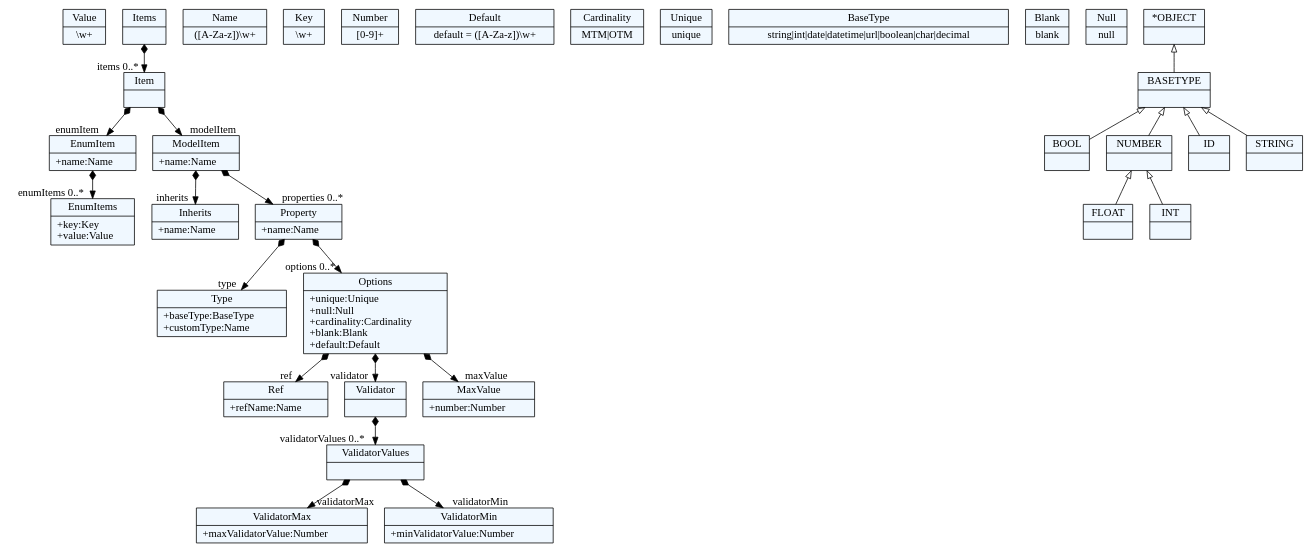
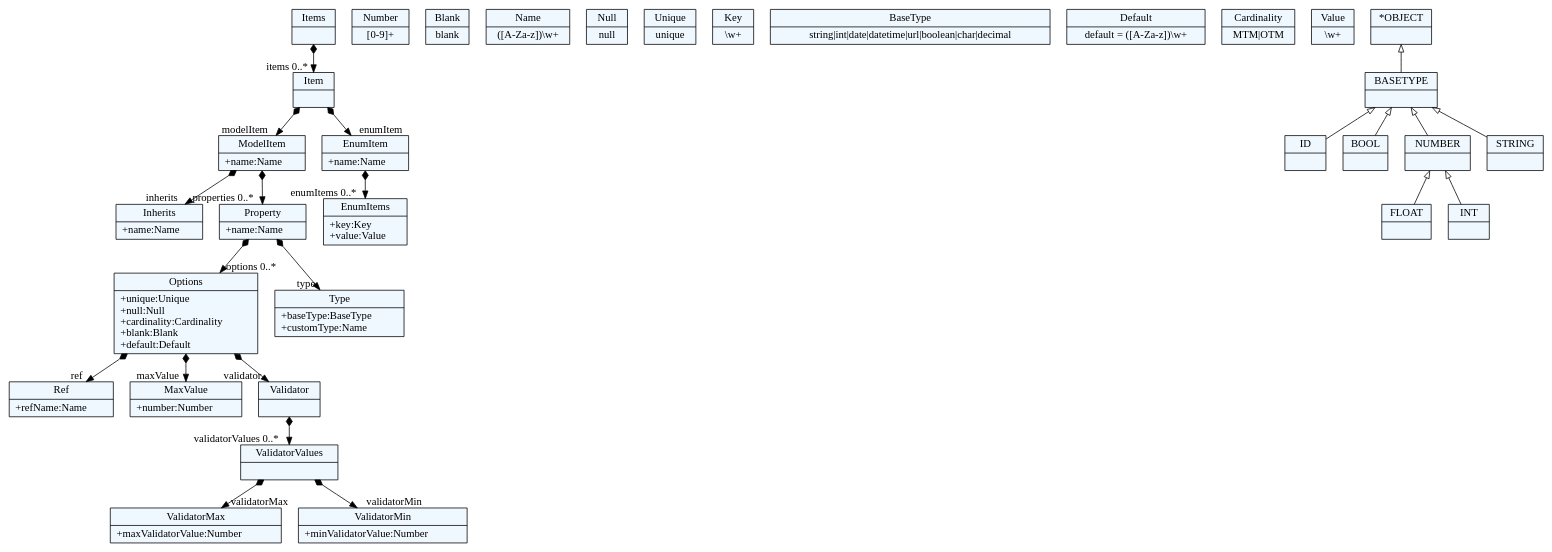
Before and after one commit to sergiosuperstar/FTN-MBRS: the diagram in Generator/test_meta.dot, drawn with Graphviz. The commit also changed 3 other files, not shown here.

```diff
--- a/Generator/test_meta.dot
+++ b/Generator/test_meta.dot
@@ -1,102 +1,102 @@
 
     digraph xtext {
     fontname = "Bitstream Vera Sans"
     fontsize = 8
     node[
         shape=record,
         style=filled,
         fillcolor=aliceblue
     ]
     nodesep = 0.3
     edge[dir=black,arrowtail=empty]
 
 
-64274104[ label="{Value|\\w+}"]
+68040008 -> 68043592[arrowtail=diamond, dir=both, headlabel="items 0..*"]
+68040008[ label="{Items|}"]
 
-64301880[ label="{Ref|+refName:Name\l}"]
+67930696[ label="{ValidatorMax|+maxValidatorValue:Number\l}"]
 
-64303672[ label="{ValidatorMax|+maxValidatorValue:Number\l}"]
+68047176[ label="{EnumItems|+key:Key\l+value:Value\l}"]
 
-64299192 -> 64294712[arrowtail=diamond, dir=both, headlabel="enumItems 0..*"]
-64299192[ label="{EnumItem|+name:Name\l}"]
+67949512[ label="{Ref|+refName:Name\l}"]
 
-64281272[ label="{Name|([A-Za-z])\\w+}"]
+67952200[ label="{Number|[0-9]+}"]
 
-64271416 -> 64280376[arrowtail=diamond, dir=both, headlabel="validatorValues 0..*"]
-64271416[ label="{Validator|}"]
+67937864[ label="{Blank|blank}"]
 
-64295608[ label="{Key|\\w+}"]
+67950408[ label="{Name|([A-Za-z])\\w+}"]
 
-64294712[ label="{EnumItems|+key:Key\l+value:Value\l}"]
+67941448[ label="{Null|null}"]
 
-64297400[ label="{Type|+baseType:BaseType\l+customType:Name\l}"]
+67940552[ label="{Unique|unique}"]
 
-64300984[ label="{MaxValue|+number:Number\l}"]
+67946824[ label="{MaxValue|+number:Number\l}"]
 
-64275896 -> 64293816[arrowtail=diamond, dir=both, headlabel="inherits "]
-64275896 -> 64277688[arrowtail=diamond, dir=both, headlabel="properties 0..*"]
-64275896[ label="{ModelItem|+name:Name\l}"]
+68048072[ label="{Key|\\w+}"]
 
-64296504 -> 64275896[arrowtail=diamond, dir=both, headlabel="modelItem "]
-64296504 -> 64299192[arrowtail=diamond, dir=both, headlabel="enumItem "]
-64296504[ label="{Item|}"]
+67929800[ label="{BaseType|string\|int\|date\|datetime\|url\|boolean\|char\|decimal}"]
 
-64279480 -> 64300984[arrowtail=diamond, dir=both, headlabel="maxValue "]
-64279480 -> 64301880[arrowtail=diamond, dir=both, headlabel="ref "]
-64279480 -> 64271416[arrowtail=diamond, dir=both, headlabel="validator "]
-64279480[ label="{Options|+unique:Unique\l+null:Null\l+cardinality:Cardinality\l+blank:Blank\l+default:Default\l}"]
+68046280[ label="{Inherits|+name:Name\l}"]
 
-64298296 -> 64296504[arrowtail=diamond, dir=both, headlabel="items 0..*"]
-64298296[ label="{Items|}"]
+67948616[ label="{Default|default = ([A-Za-z])\\w+}"]
 
-64269624[ label="{Number|[0-9]+}"]
+68036424 -> 68046280[arrowtail=diamond, dir=both, headlabel="inherits "]
+68036424 -> 68049864[arrowtail=diamond, dir=both, headlabel="properties 0..*"]
+68036424[ label="{ModelItem|+name:Name\l}"]
 
-64304568[ label="{Default|default = ([A-Za-z])\\w+}"]
+67939656 -> 67946824[arrowtail=diamond, dir=both, headlabel="maxValue "]
+67939656 -> 67949512[arrowtail=diamond, dir=both, headlabel="ref "]
+67939656 -> 67945032[arrowtail=diamond, dir=both, headlabel="validator "]
+67939656[ label="{Options|+unique:Unique\l+null:Null\l+cardinality:Cardinality\l+blank:Blank\l+default:Default\l}"]
 
-64302776[ label="{Cardinality|MTM\|OTM}"]
+67942344[ label="{Cardinality|MTM\|OTM}"]
 
-64277688 -> 64297400[arrowtail=diamond, dir=both, headlabel="type "]
-64277688 -> 64279480[arrowtail=diamond, dir=both, headlabel="options 0..*"]
-64277688[ label="{Property|+name:Name\l}"]
+67947720[ label="{ValidatorMin|+minValidatorValue:Number\l}"]
 
-64268728[ label="{Unique|unique}"]
+68050760 -> 68047176[arrowtail=diamond, dir=both, headlabel="enumItems 0..*"]
+68050760[ label="{EnumItem|+name:Name\l}"]
 
-64293816[ label="{Inherits|+name:Name\l}"]
+67934280 -> 67930696[arrowtail=diamond, dir=both, headlabel="validatorMax "]
+67934280 -> 67947720[arrowtail=diamond, dir=both, headlabel="validatorMin "]
+67934280[ label="{ValidatorValues|}"]
 
-64278584[ label="{BaseType|string\|int\|date\|datetime\|url\|boolean\|char\|decimal}"]
+67945032 -> 67934280[arrowtail=diamond, dir=both, headlabel="validatorValues 0..*"]
+67945032[ label="{Validator|}"]
 
-64300088[ label="{Blank|blank}"]
+68048968[ label="{Value|\\w+}"]
 
-64280376 -> 64303672[arrowtail=diamond, dir=both, headlabel="validatorMax "]
-64280376 -> 64272312[arrowtail=diamond, dir=both, headlabel="validatorMin "]
-64280376[ label="{ValidatorValues|}"]
+67945928[ label="{Type|+baseType:BaseType\l+customType:Name\l}"]
 
-64267832[ label="{Null|null}"]
+68049864 -> 67945928[arrowtail=diamond, dir=both, headlabel="type "]
+68049864 -> 67939656[arrowtail=diamond, dir=both, headlabel="options 0..*"]
+68049864[ label="{Property|+name:Name\l}"]
 
-64272312[ label="{ValidatorMin|+minValidatorValue:Number\l}"]
+68043592 -> 68036424[arrowtail=diamond, dir=both, headlabel="modelItem "]
+68043592 -> 68050760[arrowtail=diamond, dir=both, headlabel="enumItem "]
+68043592[ label="{Item|}"]
 
-64289336[ label="{BOOL|}"]
+68040904[ label="{ID|}"]
 
-64288440[ label="{BASETYPE|}"]
-64288440 -> 64266040 [dir=back]
-64288440 -> 64289336 [dir=back]
-64288440 -> 64283960 [dir=back]
-64288440 -> 64264248 [dir=back]
+68045384[ label="{FLOAT|}"]
 
-64283960[ label="{ID|}"]
+68051656[ label="{BOOL|}"]
 
-64266040[ label="{NUMBER|}"]
-64266040 -> 64292920 [dir=back]
-64266040 -> 64287544 [dir=back]
+68039112[ label="{INT|}"]
 
-64292920[ label="{FLOAT|}"]
+68041800[ label="{*OBJECT|}"]
+68041800 -> 68044488 [dir=back]
 
-64287544[ label="{INT|}"]
+68044488[ label="{BASETYPE|}"]
+68044488 -> 68037320 [dir=back]
+68044488 -> 68051656 [dir=back]
+68044488 -> 68040904 [dir=back]
+68044488 -> 68038216 [dir=back]
 
-64265144[ label="{*OBJECT|}"]
-64265144 -> 64288440 [dir=back]
+68038216[ label="{STRING|}"]
 
-64264248[ label="{STRING|}"]
+68037320[ label="{NUMBER|}"]
+68037320 -> 68045384 [dir=back]
+68037320 -> 68039112 [dir=back]
 
 
 }
```
